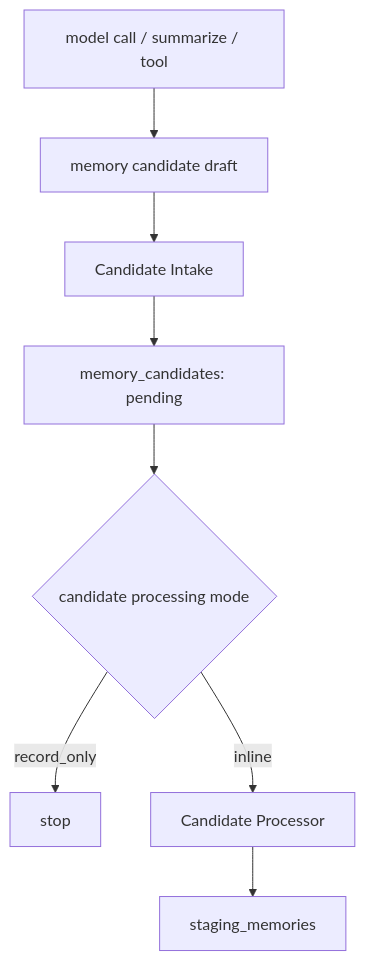
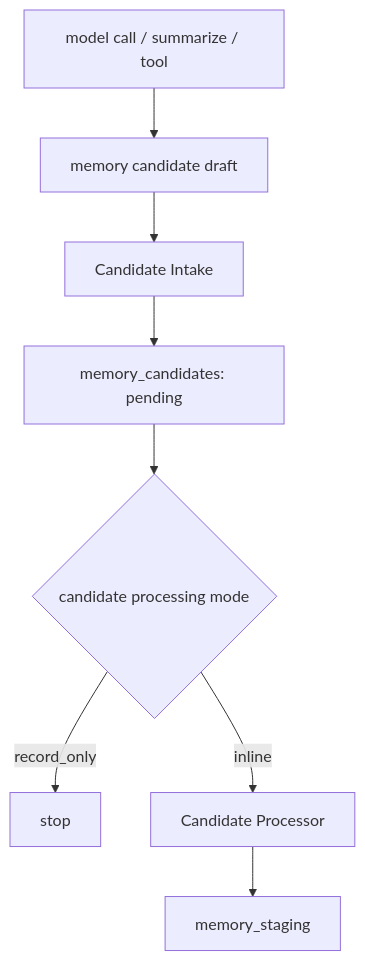
The first of 3 diagrams in docs/plans/memory-layered-refactor.zh-CN.md (cong-jing/ss.ai), drawn with Mermaid before and after one commit. The commit also changed other lines of this file and 3 other files, not shown here.

````diff
--- a/docs/plans/memory-layered-refactor.zh-CN.md
+++ b/docs/plans/memory-layered-refactor.zh-CN.md
@@ -225,10 +227,10 @@
 ```mermaid
 flowchart TD
     A[model call / summarize / tool] --> B[memory candidate draft]
     B --> C[Candidate Intake]
     C --> D[memory_candidates: pending]
     D --> E{candidate processing mode}
     E -- record_only --> F[stop]
     E -- inline --> G[Candidate Processor]
-    G --> H[staging_memories]
+    G --> H[memory_staging]
 ```
````
